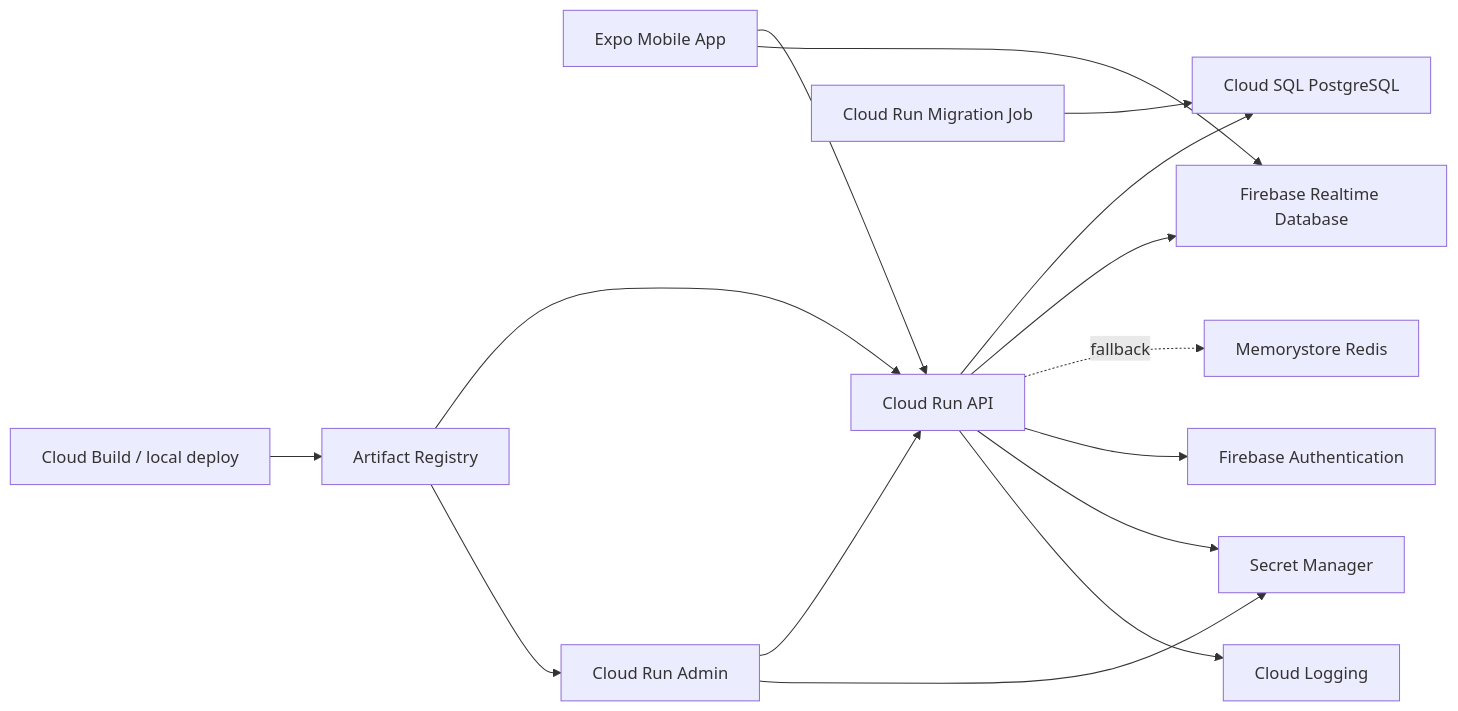
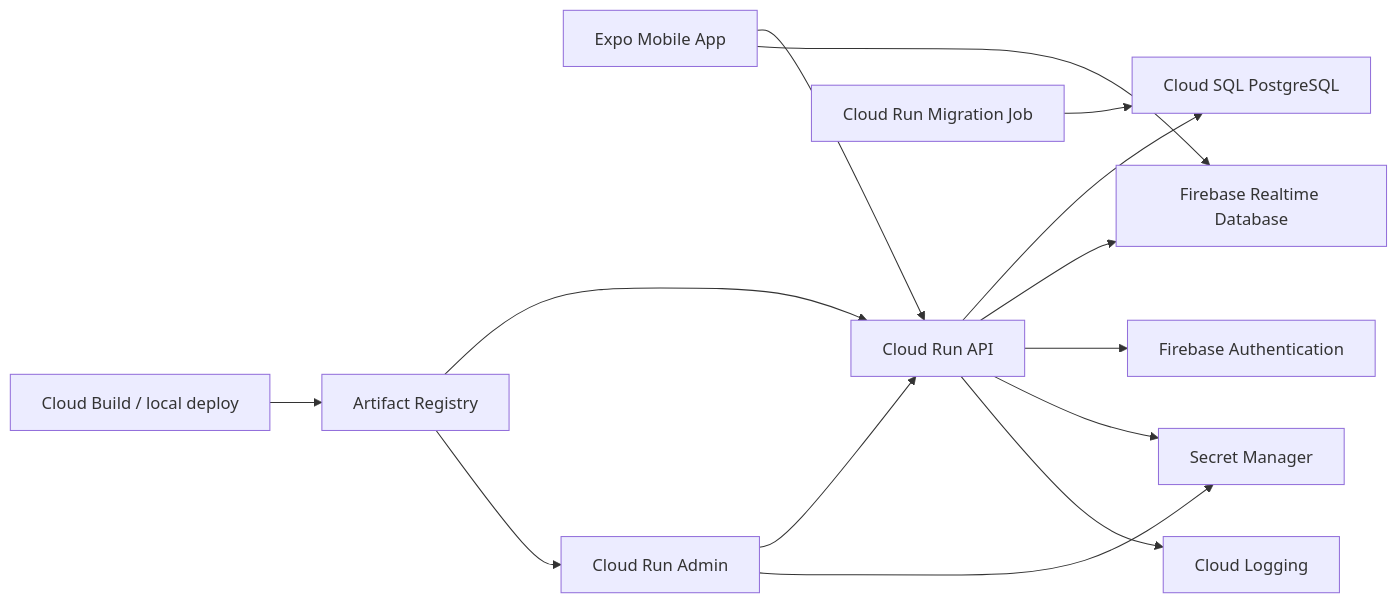
Before and after one commit to PutintsevSergii/jp2-knights-app: the diagram in docs/deployment/google-cloud-launch-plan.md, drawn with Mermaid. The commit also changed other lines of this file and 52 other files, not shown here.

````diff
--- a/docs/deployment/google-cloud-launch-plan.md
+++ b/docs/deployment/google-cloud-launch-plan.md
@@ -27,17 +28,16 @@
 ```mermaid
 flowchart LR
   mobile["Expo Mobile App"] --> api["Cloud Run API"]
   admin["Cloud Run Admin"] --> api
   api --> sql["Cloud SQL PostgreSQL"]
   api --> rtdb["Firebase Realtime Database"]
-  api -. fallback .-> redis["Memorystore Redis"]
   mobile --> rtdb
   api --> firebase["Firebase Authentication"]
   api --> secrets["Secret Manager"]
   api --> logs["Cloud Logging"]
   admin --> secrets
   build["Cloud Build / local deploy"] --> registry["Artifact Registry"]
   registry --> api
   registry --> admin
   job["Cloud Run Migration Job"] --> sql
 ```
````
